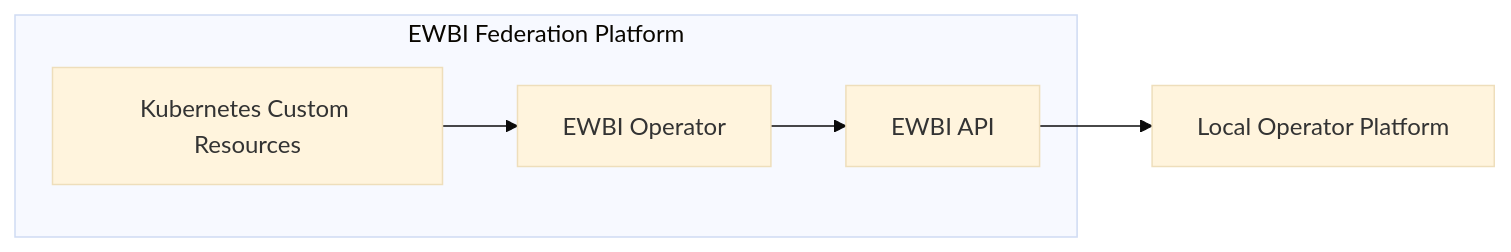
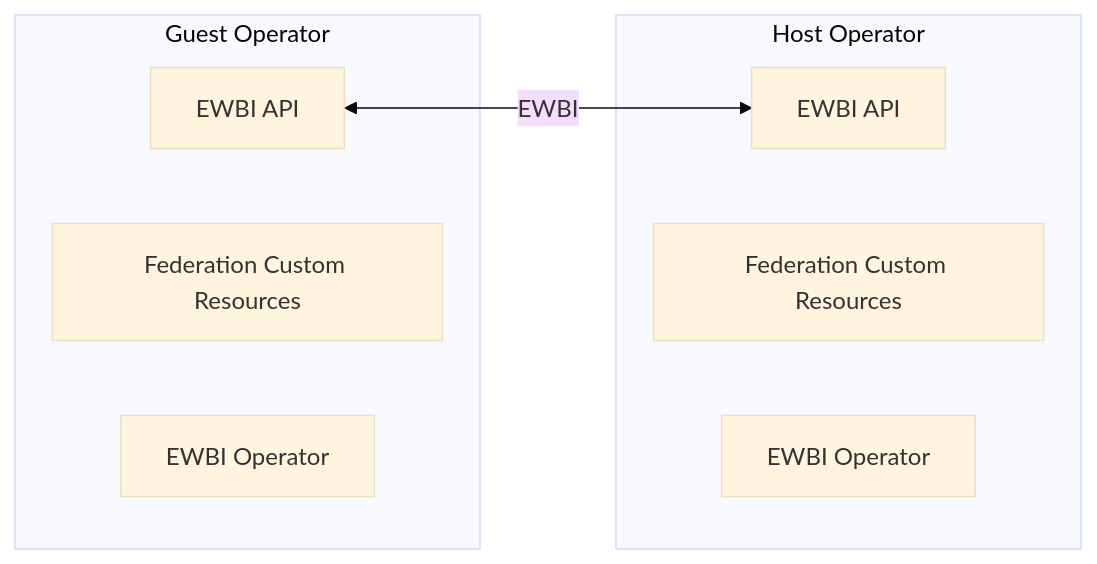
Before and after one commit to neonephos-katalis/opg-ewbi-documentation: the first of 3 diagrams in docs/components.md, drawn with Mermaid (base theme). The commit also changed other lines of this file and 6 other files, not shown here.

````diff
--- a/docs/components.md
+++ b/docs/components.md
@@ -13,14 +13,16 @@
 ```mermaid
 flowchart LR
-
-    subgraph FED["EWBI Federation Platform"]
-        CR["Kubernetes Custom Resources"]
-        OP["EWBI Operator"]
-        API["EWBI API"]
-
-        CR --> OP
-        OP --> API
+    subgraph G["Guest Operator"]
+        GAPI["EWBI API"]
+        GCR["Federation Custom Resources"]
+        GOP["EWBI Operator"]
     end
 
-    API --> LOCAL["Local Operator Platform"]
+    subgraph H["Host Operator"]
+        HAPI["EWBI API"]
+        HCR["Federation Custom Resources"]
+        HOP["EWBI Operator"]
+    end
+
+    GAPI <--> |"EWBI"| HAPI
 ```
````
